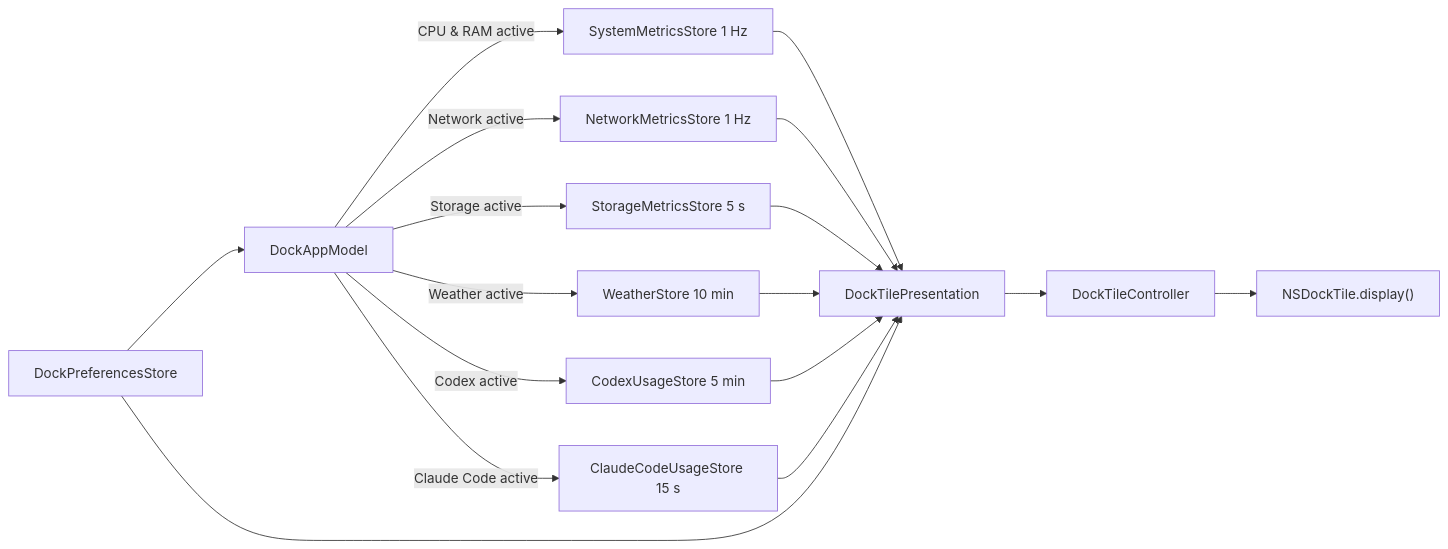
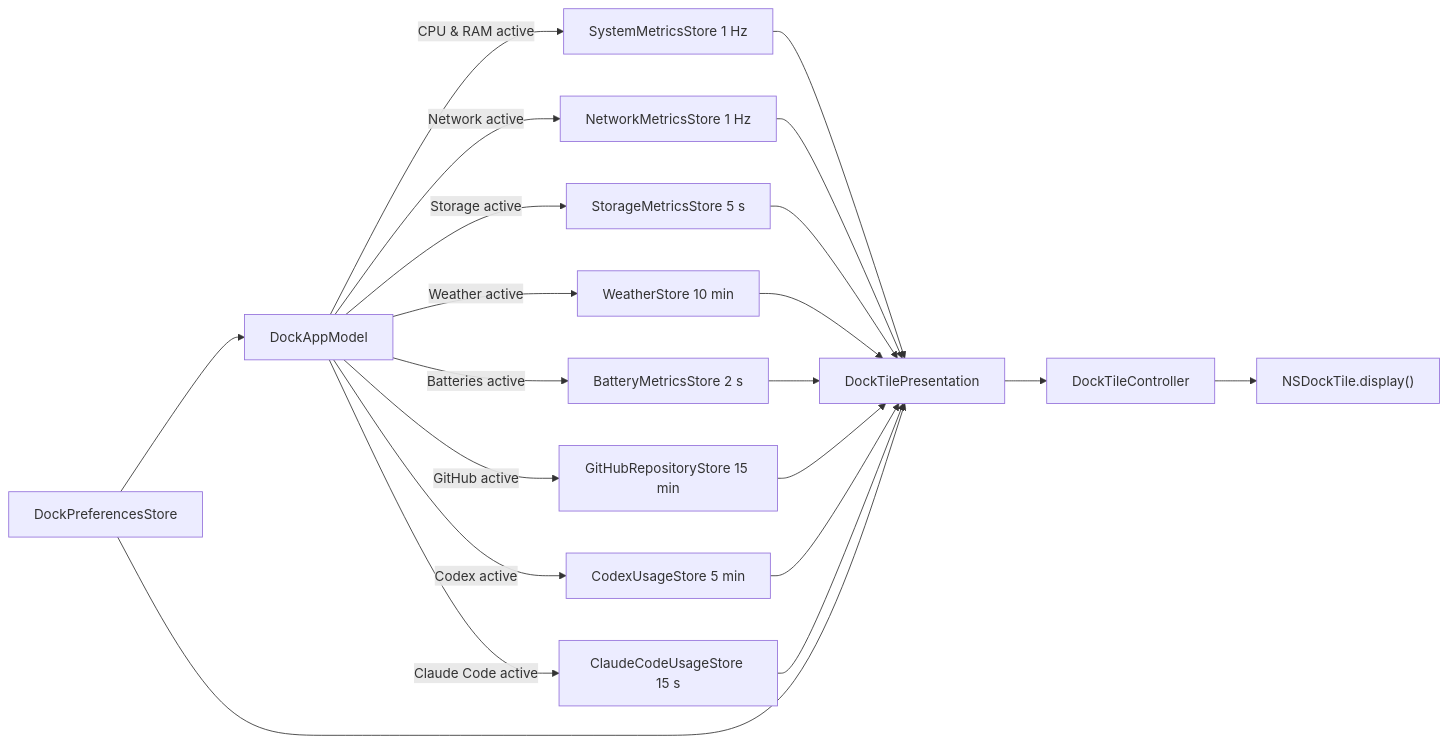
The diagram in docs/ARCHITECTURE.md (thanhdongnguyen/DockMagic), drawn with Mermaid before and after one commit. The commit also changed other lines of this file and 419 other files, not shown here.

````diff
--- a/docs/ARCHITECTURE.md
+++ b/docs/ARCHITECTURE.md
@@ -76,19 +84,23 @@
 ```mermaid
 flowchart LR
     P["DockPreferencesStore"] --> A["DockAppModel"]
     A -->|"CPU & RAM active"| M["SystemMetricsStore 1 Hz"]
     A -->|"Network active"| R["NetworkMetricsStore 1 Hz"]
     A -->|"Storage active"| S["StorageMetricsStore 5 s"]
     A -->|"Weather active"| W["WeatherStore 10 min"]
+    A -->|"Batteries active"| B["BatteryMetricsStore 2 s"]
+    A -->|"GitHub active"| G["GitHubRepositoryStore 15 min"]
     A -->|"Codex active"| C["CodexUsageStore 5 min"]
     A -->|"Claude Code active"| L["ClaudeCodeUsageStore 15 s"]
     M --> D["DockTilePresentation"]
     R --> D
     S --> D
     W --> D
+    B --> D
+    G --> D
     C --> D
     L --> D
     P --> D
     D --> H["DockTileController"]
     H --> N["NSDockTile.display()"]
 ```
````
